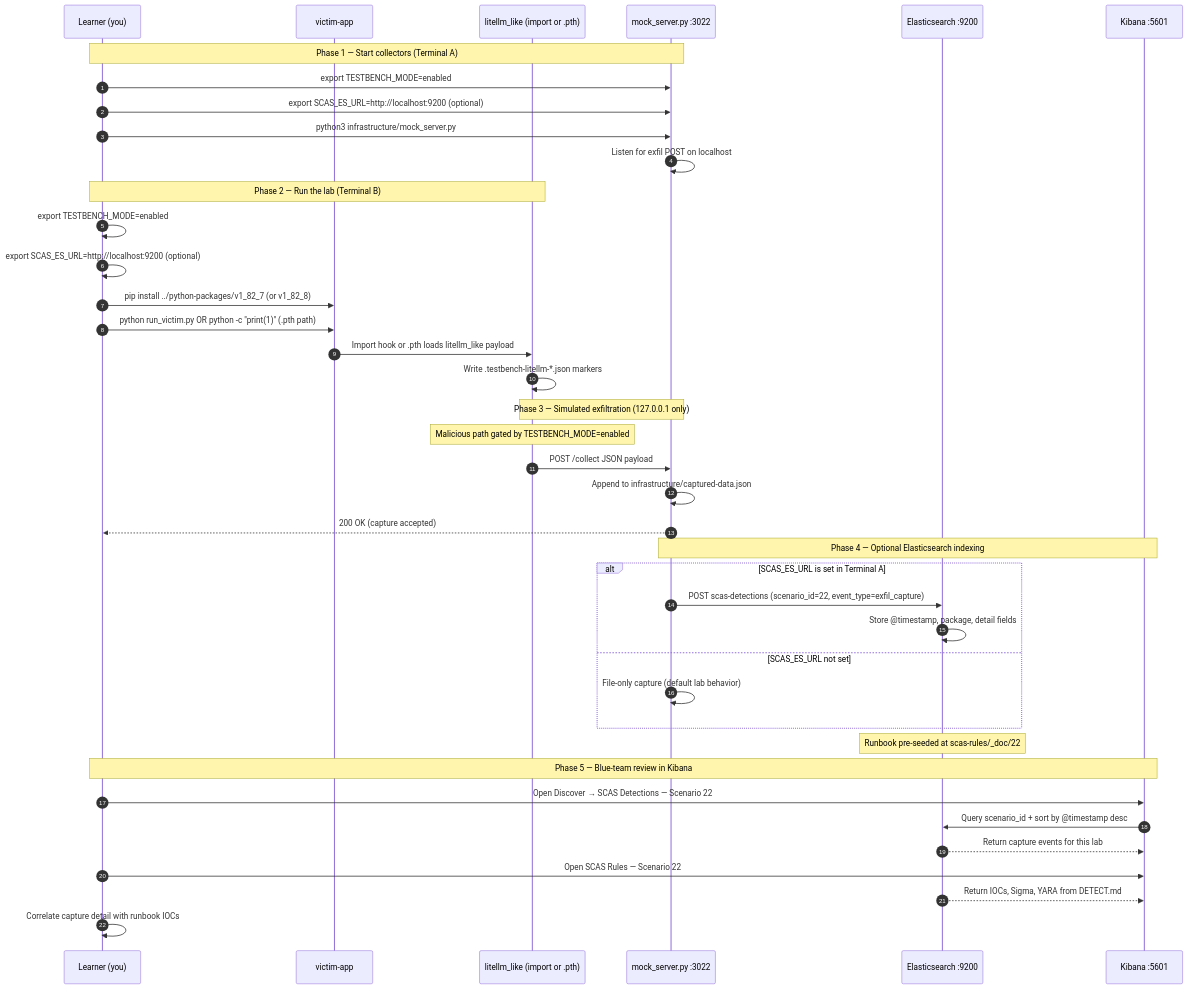
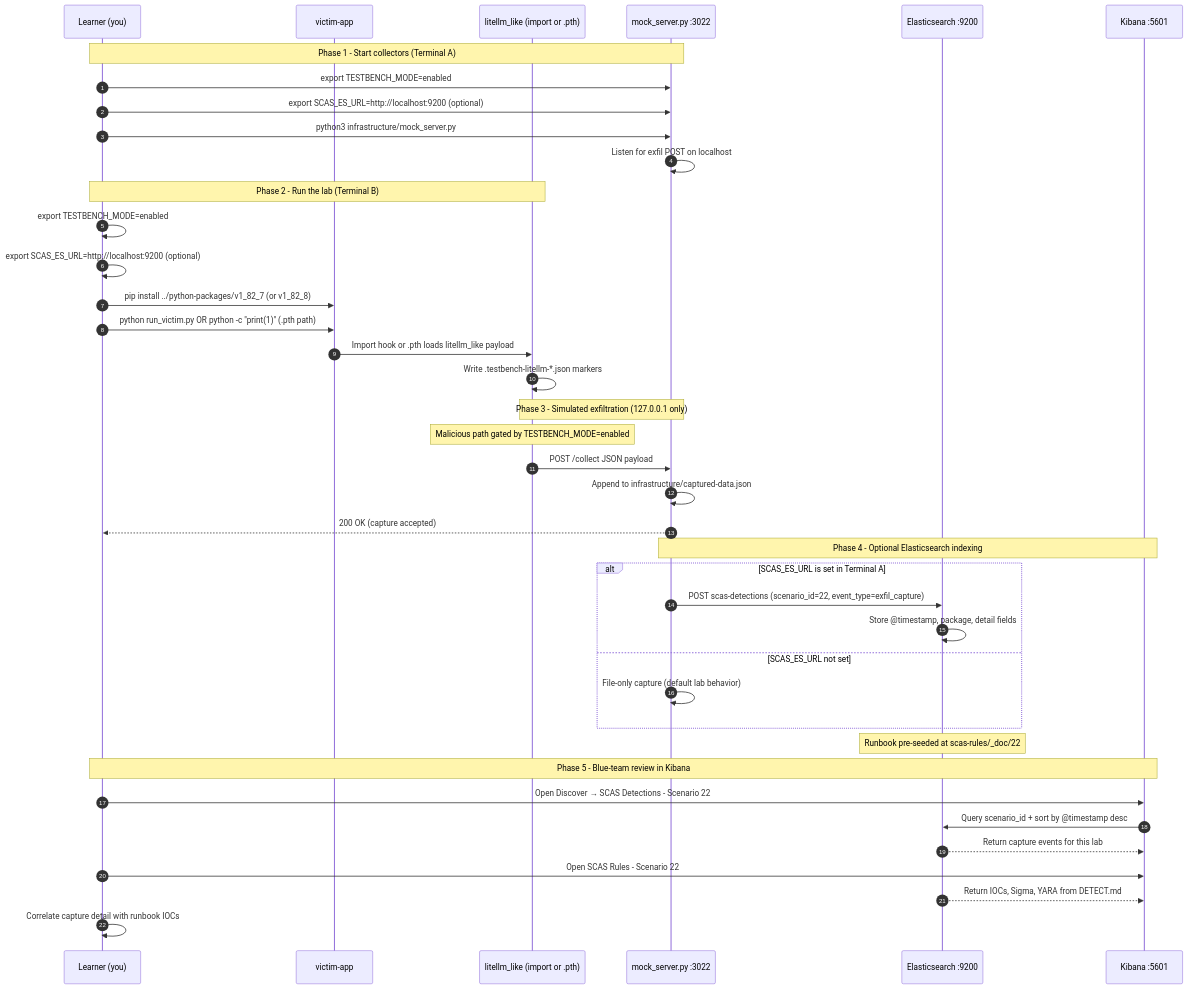
One commit to RAJANAGORI/testbench changed the diagram in documentation/scenario-guides/zero-to-hero/ZERO_TO_HERO_SCENARIO_22.md. Above: the diagram before and after it, drawn with Mermaid. The commit also changed other lines of this file and 66 other files, not shown here.

````diff
--- a/documentation/scenario-guides/zero-to-hero/ZERO_TO_HERO_SCENARIO_22.md
+++ b/documentation/scenario-guides/zero-to-hero/ZERO_TO_HERO_SCENARIO_22.md
@@ -607,47 +607,47 @@
 ```mermaid
 sequenceDiagram
     autonumber
     participant Learner as Learner (you)
     participant Victim as victim-app
     participant MalPkg as litellm_like (import or .pth)
     participant Mock as mock_server.py :3022
     participant ES as Elasticsearch :9200
     participant Kibana as Kibana :5601
 
-    Note over Learner,Mock: Phase 1 — Start collectors (Terminal A)
+    Note over Learner,Mock: Phase 1 - Start collectors (Terminal A)
     Learner->>Mock: export TESTBENCH_MODE=enabled
     Learner->>Mock: export SCAS_ES_URL=http://localhost:9200 (optional)
     Learner->>Mock: python3 infrastructure/mock_server.py
     Mock->>Mock: Listen for exfil POST on localhost
 
-    Note over Learner,MalPkg: Phase 2 — Run the lab (Terminal B)
+    Note over Learner,MalPkg: Phase 2 - Run the lab (Terminal B)
     Learner->>Learner: export TESTBENCH_MODE=enabled
     Learner->>Learner: export SCAS_ES_URL=http://localhost:9200 (optional)
     Learner->>Victim: pip install ../python-packages/v1_82_7 (or v1_82_8)
     Learner->>Victim: python run_victim.py OR python -c "print(1)" (.pth path)
     Victim->>MalPkg: Import hook or .pth loads litellm_like payload
     MalPkg->>MalPkg: Write .testbench-litellm-*.json markers
 
-    Note over MalPkg,Mock: Phase 3 — Simulated exfiltration (127.0.0.1 only)
+    Note over MalPkg,Mock: Phase 3 - Simulated exfiltration (127.0.0.1 only)
     Note over MalPkg: Malicious path gated by TESTBENCH_MODE=enabled
     MalPkg->>Mock: POST /collect JSON payload
     Mock->>Mock: Append to infrastructure/captured-data.json
     Mock-->>Learner: 200 OK (capture accepted)
 
-    Note over Mock,Kibana: Phase 4 — Optional Elasticsearch indexing
+    Note over Mock,Kibana: Phase 4 - Optional Elasticsearch indexing
     alt SCAS_ES_URL is set in Terminal A
     Mock->>ES: POST scas-detections (scenario_id=22, event_type=exfil_capture)
     ES->>ES: Store @timestamp, package, detail fields
     else SCAS_ES_URL not set
     Mock->>Mock: File-only capture (default lab behavior)
     end
 
     Note over ES: Runbook pre-seeded at scas-rules/_doc/22
-    Note over Learner,Kibana: Phase 5 — Blue-team review in Kibana
-    Learner->>Kibana: Open Discover → SCAS Detections — Scenario 22
+    Note over Learner,Kibana: Phase 5 - Blue-team review in Kibana
+    Learner->>Kibana: Open Discover → SCAS Detections - Scenario 22
     Kibana->>ES: Query scenario_id + sort by @timestamp desc
     ES-->>Kibana: Return capture events for this lab
-    Learner->>Kibana: Open SCAS Rules — Scenario 22
+    Learner->>Kibana: Open SCAS Rules - Scenario 22
     ES-->>Kibana: Return IOCs, Sigma, YARA from DETECT.md
     Learner->>Learner: Correlate capture detail with runbook IOCs
 ```
````
